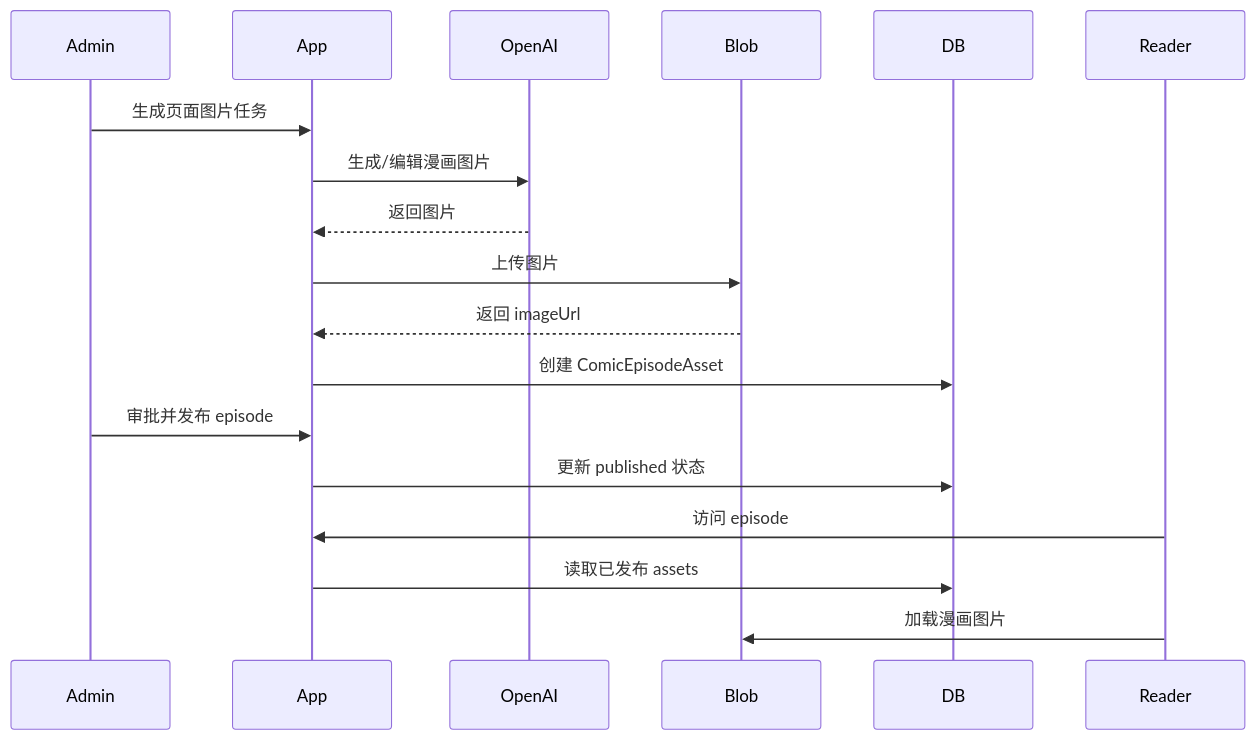
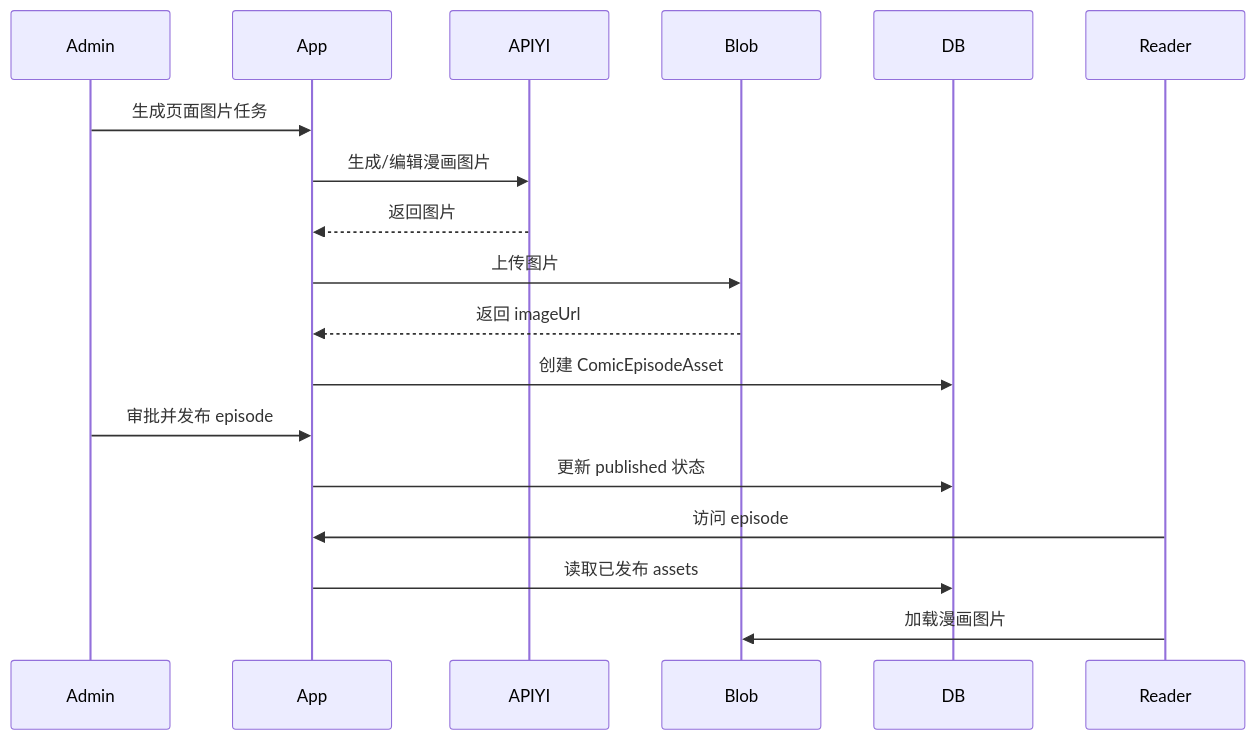
The ninth of 9 diagrams in architecture.md (rappizo/neatique), drawn with Mermaid before and after one commit. The commit also changed other lines of this file and 34 other files, not shown here.

````diff
--- a/architecture.md
+++ b/architecture.md
@@ -746,21 +746,21 @@
 ```mermaid
 sequenceDiagram
   participant Admin
   participant App
-  participant OpenAI
+  participant APIYI
   participant Blob
   participant DB
   participant Reader
 
   Admin->>App: 生成页面图片任务
-  App->>OpenAI: 生成/编辑漫画图片
-  OpenAI-->>App: 返回图片
+  App->>APIYI: 生成/编辑漫画图片
+  APIYI-->>App: 返回图片
   App->>Blob: 上传图片
   Blob-->>App: 返回 imageUrl
   App->>DB: 创建 ComicEpisodeAsset
   Admin->>App: 审批并发布 episode
   App->>DB: 更新 published 状态
   Reader->>App: 访问 episode
   App->>DB: 读取已发布 assets
   Reader->>Blob: 加载漫画图片
 ```
````
